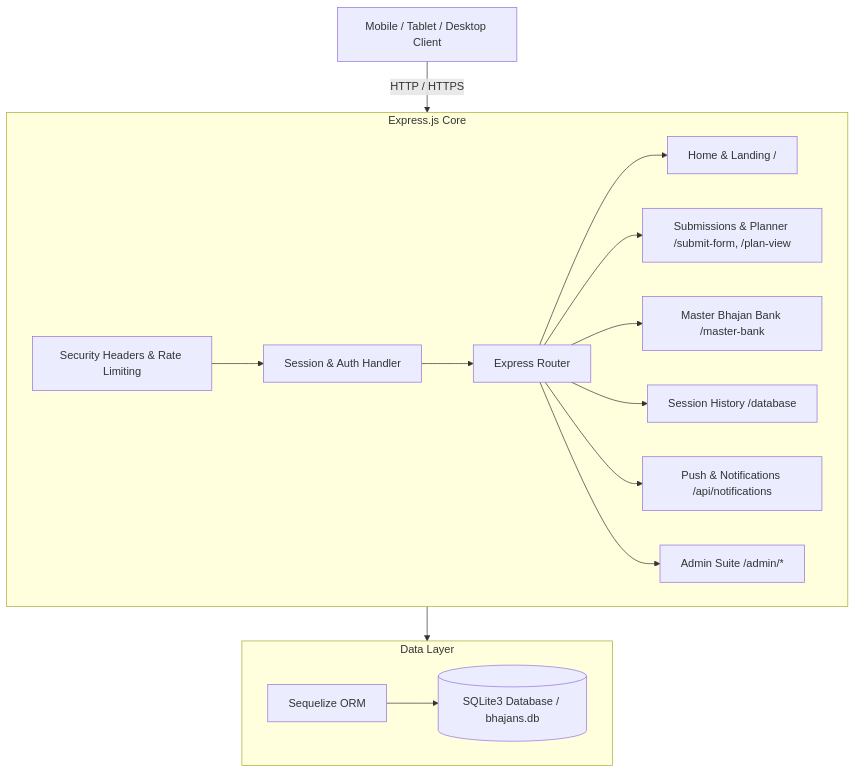
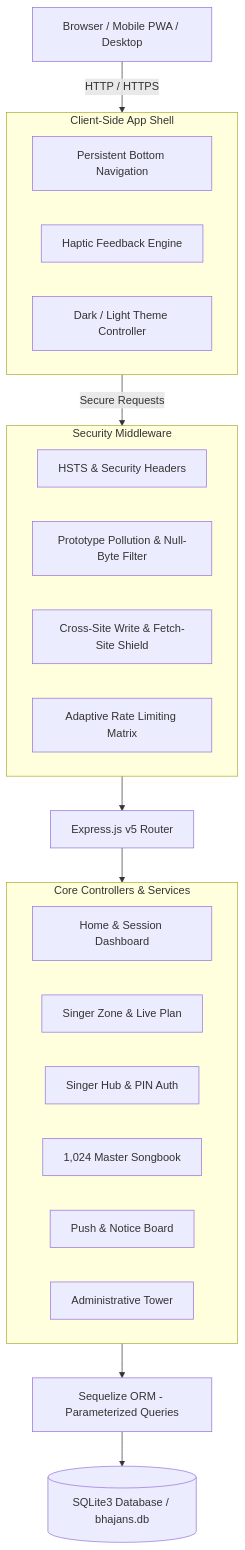
The diagram in README.md (Prashant1694/Bhajan_Schedular), drawn with Mermaid before and after one commit. The commit also changed other lines of this file and 68 other files, not shown here.

Commit message:
Native app UI Redesign

````diff
--- a/README.md
+++ b/README.md
@@ -95,22 +98,34 @@
 ```mermaid
 graph TD
-    Client[Mobile / Tablet / Desktop Client] -->|HTTP / HTTPS| ExpressApp[Express.js Server]
+    Client[Browser / Mobile PWA / Desktop] -->|HTTP / HTTPS| AppShell[Native App Shell]
     
-    subgraph ExpressApp [Express.js Core]
-        SecMiddleware[Security Headers & Rate Limiting] --> Auth[Session & Auth Handler]
-        Auth --> Router[Express Router]
-        
-        Router --> HomeRoutes[Home & Landing /]
-        Router --> PlannerRoutes[Submissions & Planner /submit-form, /plan-view]
-        Router --> MasterBankRoutes[Master Bhajan Bank /master-bank]
-        Router --> HistoryRoutes[Session History /database]
-        Router --> NotifRoutes[Push & Notifications /api/notifications]
-        Router --> AdminRoutes[Admin Suite /admin/*]
+    subgraph AppShell [Client-Side App Shell]
+        Nav[Persistent Bottom Navigation]
+        Haptics[Haptic Feedback Engine]
+        Theme[Dark / Light Theme Controller]
     end
-    
-    subgraph DataLayer [Data Layer]
-        Sequelize[Sequelize ORM] --> SQLiteDB[(SQLite3 Database / bhajans.db)]
+
+    AppShell -->|Secure Requests| SecurityLayer[Enterprise Security Perimeter]
+
+    subgraph SecurityLayer [Security Middleware]
+        HSTS[HSTS & Security Headers]
+        Sanitizer[Prototype Pollution & Null-Byte Filter]
+        CSRF[Cross-Site Write & Fetch-Site Shield]
+        RateLimiter[Adaptive Rate Limiting Matrix]
     end
-    
-    ExpressApp --> DataLayer
+
+    SecurityLayer --> ExpressRouter[Express.js v5 Router]
+
+    subgraph CoreServices [Core Controllers & Services]
+        HomeController[Home & Session Dashboard]
+        PlannerController[Singer Zone & Live Plan]
+        SingerHubController[Singer Hub & PIN Auth]
+        MasterBankController[1,024 Master Songbook]
+        NotificationController[Push & Notice Board]
+        AdminController[Administrative Tower]
+    end
+
+    ExpressRouter --> CoreServices
+    CoreServices --> SequelizeORM[Sequelize ORM - Parameterized Queries]
+    SequelizeORM --> SQLiteDB[(SQLite3 Database / bhajans.db)]
 ```
````
